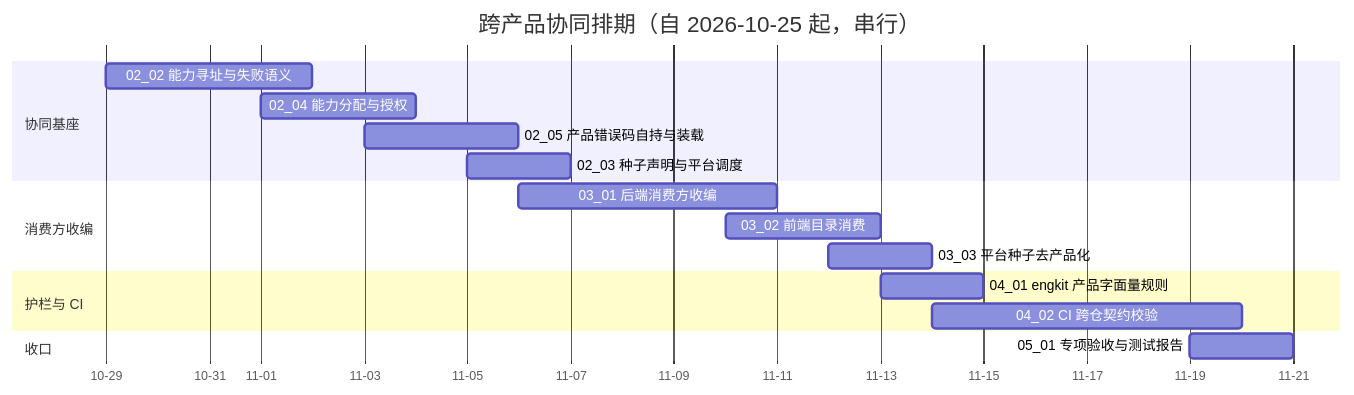
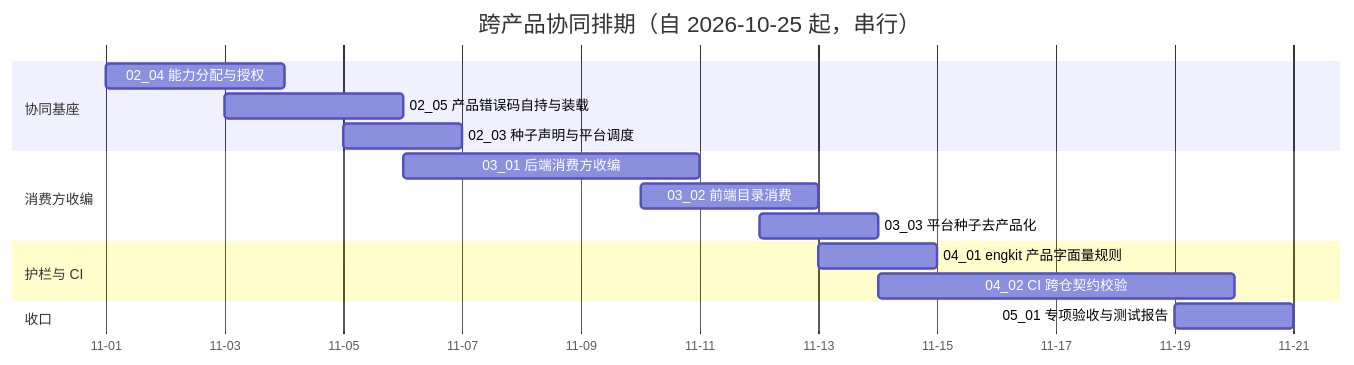
Before and after one commit to minjian123/basic-management-system: the diagram in bms文档/项目/07B_跨产品协同/计划/01_计划_跨产品协同.md, drawn with Mermaid. The commit also changed other lines of this file and 10 other files, not shown here.

````diff
--- a/bms文档/项目/07B_跨产品协同/计划/01_计划_跨产品协同.md
+++ b/bms文档/项目/07B_跨产品协同/计划/01_计划_跨产品协同.md
@@ -39,20 +39,19 @@
 ```mermaid
 gantt
     title 跨产品协同排期（自 2026-10-25 起，串行）
     dateFormat  YYYY-MM-DD
     axisFormat %m-%d
     section 协同基座
-    02_02 能力寻址与失败语义 :a0202, 2026-10-29, 4d
     02_04 能力分配与授权 :a0204, 2026-11-01, 3d
     02_05 产品错误码自持与装载 :a0205, 2026-11-03, 3d
     02_03 种子声明与平台调度 :a0203, 2026-11-05, 2d
     section 消费方收编
     03_01 后端消费方收编 :a0301, 2026-11-06, 5d
     03_02 前端目录消费 :a0302, 2026-11-10, 3d
     03_03 平台种子去产品化 :a0303, 2026-11-12, 2d
     section 护栏与 CI
     04_01 engkit 产品字面量规则 :a0401, 2026-11-13, 2d
     04_02 CI 跨仓契约校验 :a0402, 2026-11-14, 6d
     section 收口
     05_01 专项验收与测试报告 :a0501, 2026-11-19, 2d
 ```
````
